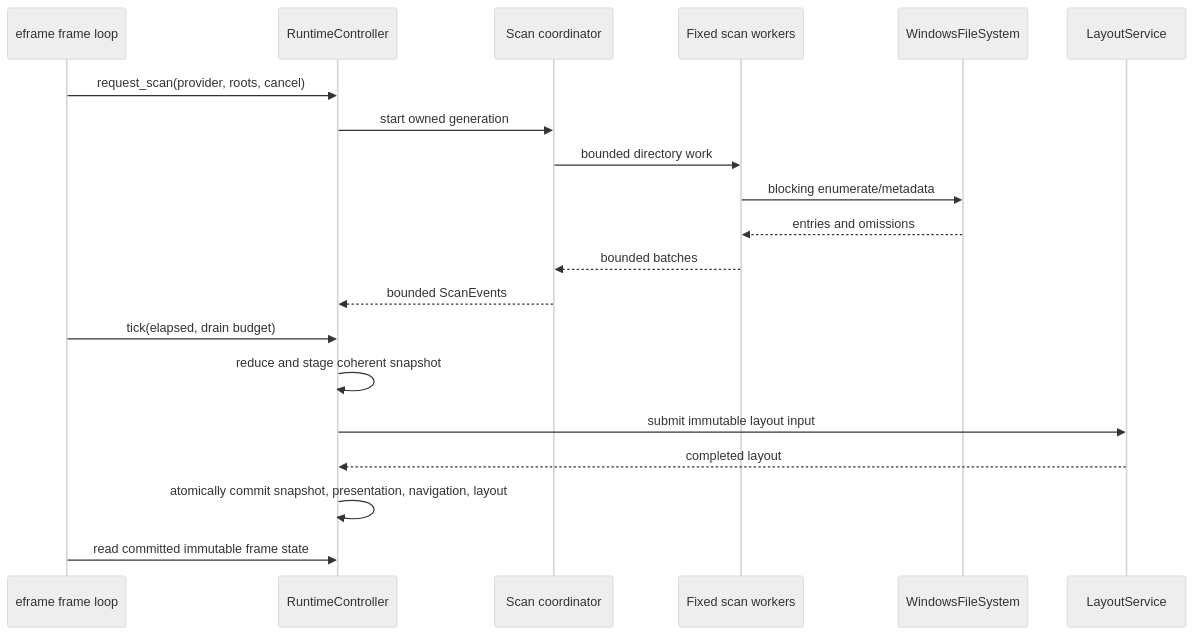
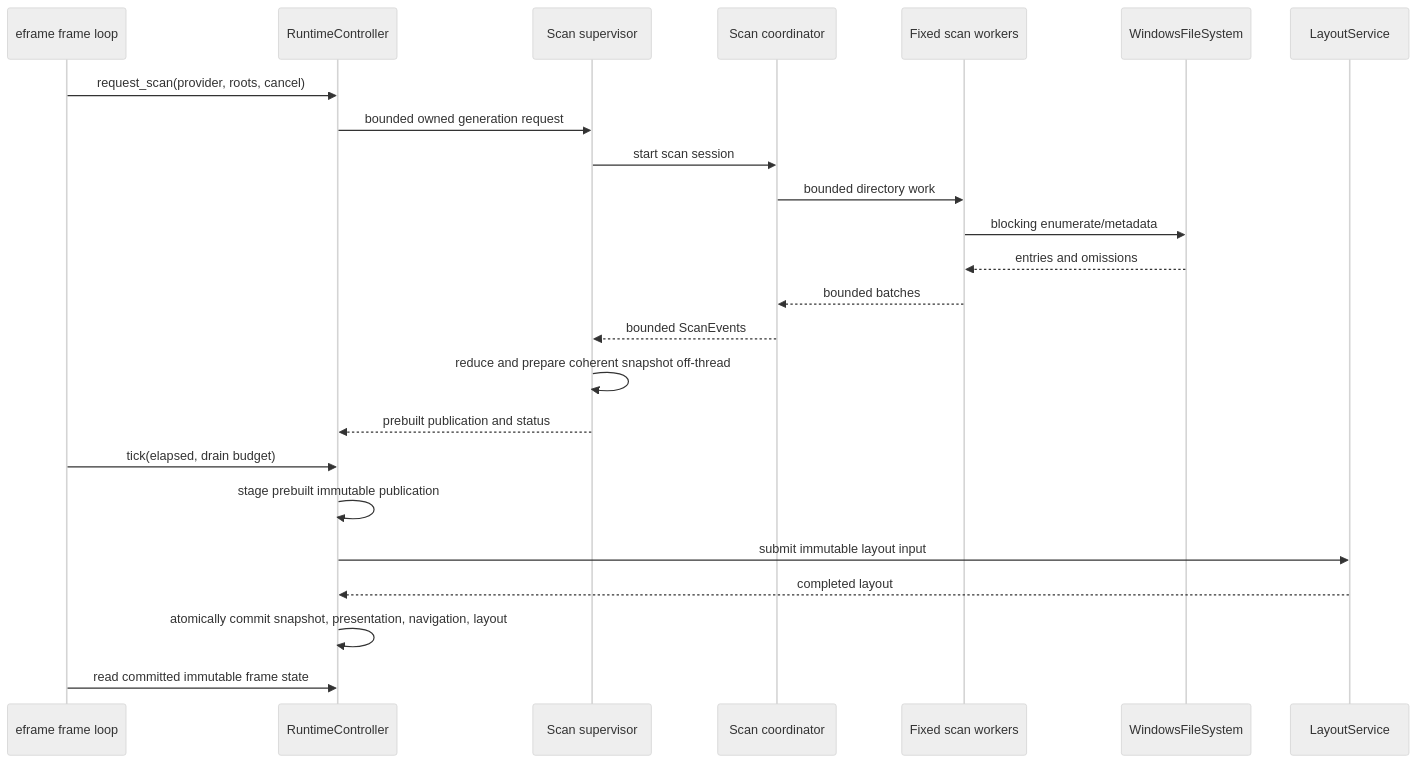
The third of 5 diagrams in docs/architecture.md (Luexi/diskpie), drawn with Mermaid (neutral theme) before and after one commit. The commit also changed other lines of this file and 219 other files, not shown here.

````diff
--- a/docs/architecture.md
+++ b/docs/architecture.md
@@ -155,23 +167,27 @@
 ```mermaid
 sequenceDiagram
     participant UI as eframe frame loop
     participant RT as RuntimeController
+    participant SP as Scan supervisor
     participant SC as Scan coordinator
     participant WK as Fixed scan workers
     participant FS as WindowsFileSystem
     participant LS as LayoutService
 
     UI->>RT: request_scan(provider, roots, cancel)
-    RT->>SC: start owned generation
+    RT->>SP: bounded owned generation request
+    SP->>SC: start scan session
     SC->>WK: bounded directory work
     WK->>FS: blocking enumerate/metadata
     FS-->>WK: entries and omissions
     WK-->>SC: bounded batches
-    SC-->>RT: bounded ScanEvents
+    SC-->>SP: bounded ScanEvents
+    SP->>SP: reduce and prepare coherent snapshot off-thread
+    SP-->>RT: prebuilt publication and status
     UI->>RT: tick(elapsed, drain budget)
-    RT->>RT: reduce and stage coherent snapshot
+    RT->>RT: stage prebuilt immutable publication
     RT->>LS: submit immutable layout input
     LS-->>RT: completed layout
     RT->>RT: atomically commit snapshot, presentation, navigation, layout
     UI->>RT: read committed immutable frame state
 ```
````
